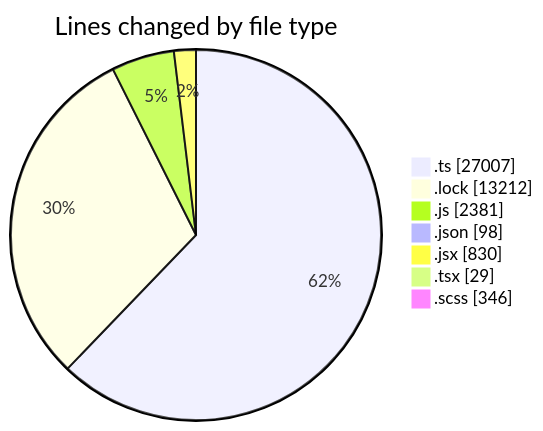
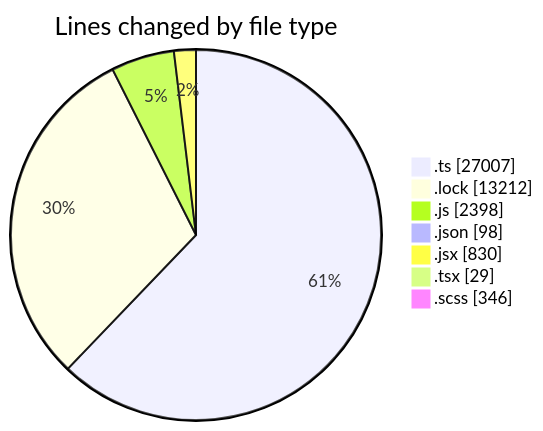
The first of 2 diagrams in 2025-05-16/cda/README.md (momahboobian/code-tracking), drawn with Mermaid before and after one commit. The commit also changed other lines of this file and 1 other file, not shown here.

````diff
--- a/2025-05-16/cda/README.md
+++ b/2025-05-16/cda/README.md
@@ -44,11 +44,11 @@
 ```mermaid
 pie showData
 title Lines changed by file type
 ".ts" : 27007
 ".lock" : 13212
-".js" : 2381
+".js" : 2398
 ".json" : 98
 ".jsx" : 830
 ".tsx" : 29
 ".scss" : 346
 ```
````
